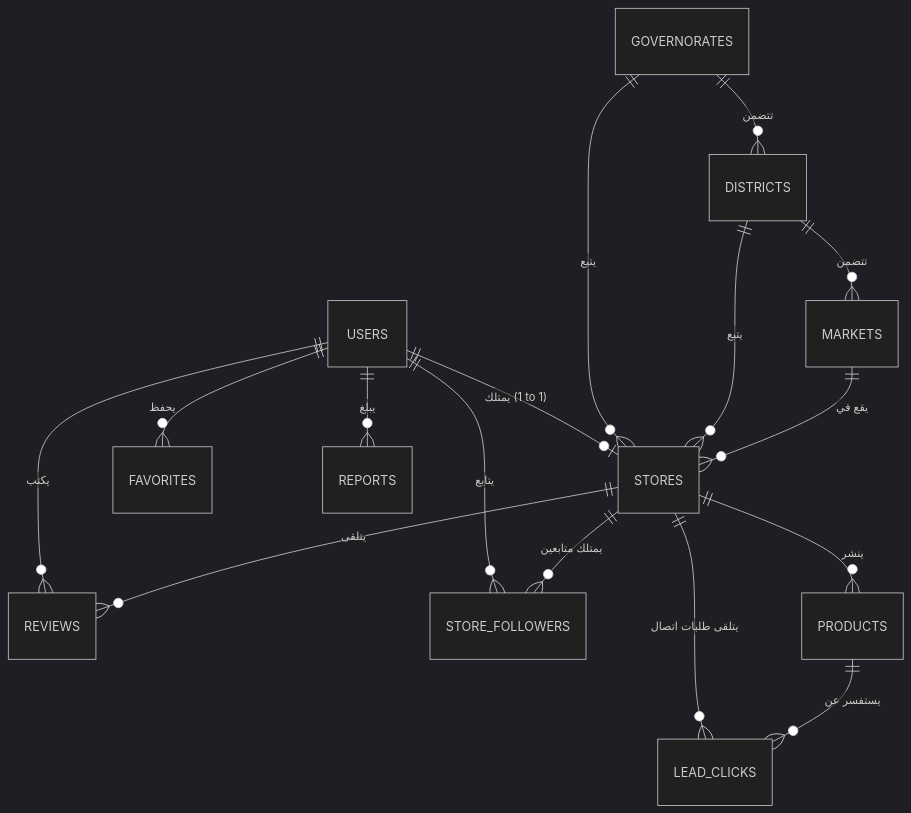
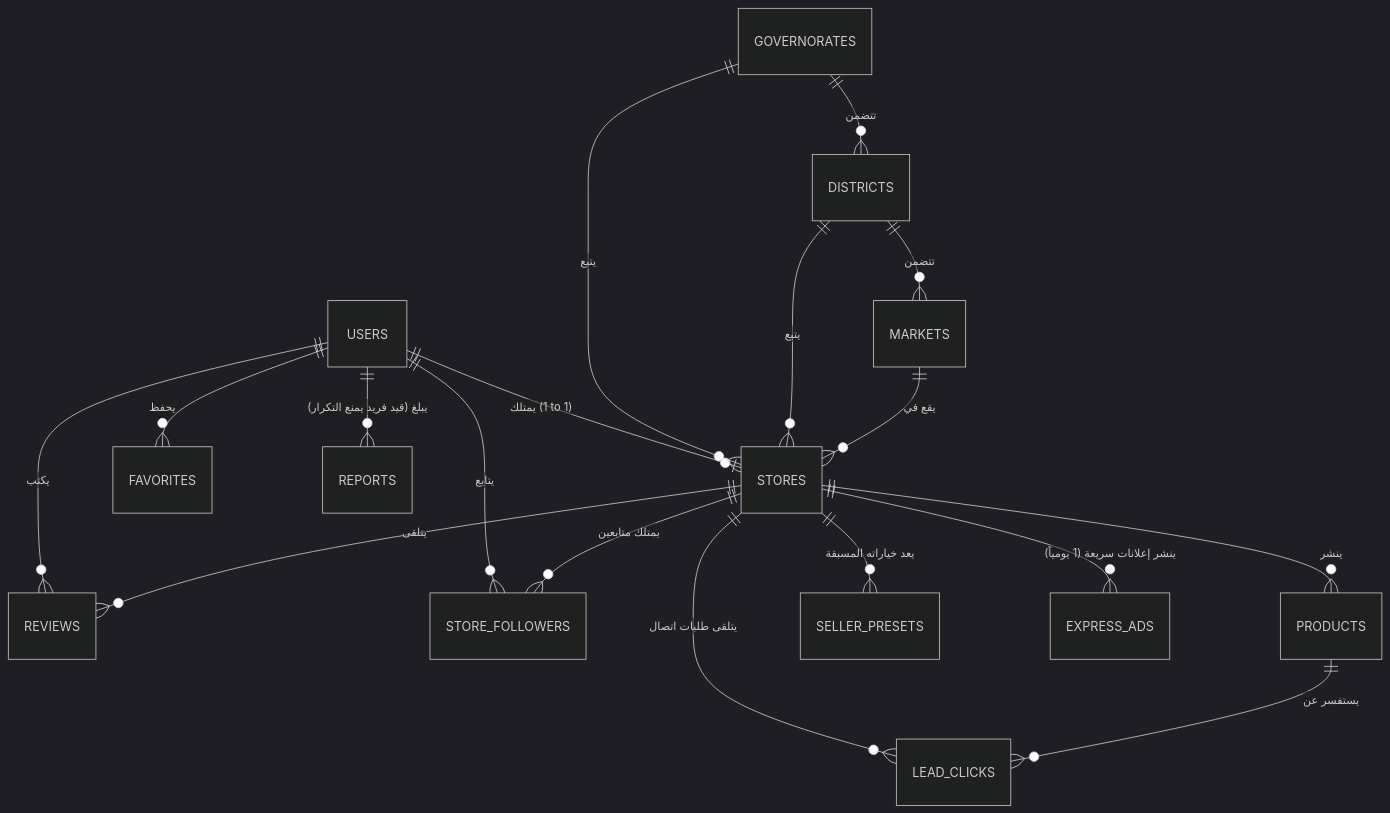
Before and after one commit to Emad20112/qatfa: the diagram in docs/11-database-design.md, drawn with Mermaid (dark theme). The commit also changed other lines of this file and 3 other files, not shown here.

Commit message:
docs(arch): update database schema, API contracts, admin moderation, and security policies

````diff
--- a/docs/11-database-design.md
+++ b/docs/11-database-design.md
@@ -17,22 +17,24 @@
 ```mermaid
 erDiagram
     USERS ||--o| STORES : "يمتلك (1 to 1)"
     USERS ||--o{ REVIEWS : "يكتب"
     USERS ||--o{ STORE_FOLLOWERS : "يتابع"
     USERS ||--o{ FAVORITES : "يحفظ"
-    USERS ||--o{ REPORTS : "يبلغ"
+    USERS ||--o{ REPORTS : "يبلغ (قيد فريد يمنع التكرار)"
     
     STORES ||--o{ PRODUCTS : "ينشر"
+    STORES ||--o{ SELLER_PRESETS : "يعد خياراته المسبقة"
+    STORES ||--o{ EXPRESS_ADS : "ينشر إعلانات سريعة (1 يومياً)"
     STORES ||--o{ REVIEWS : "يتلقى"
     STORES ||--o{ STORE_FOLLOWERS : "يمتلك متابعين"
     STORES ||--o{ LEAD_CLICKS : "يتلقى طلبات اتصال"
 
     GOVERNORATES ||--o{ DISTRICTS : "تتضمن"
     DISTRICTS ||--o{ MARKETS : "تتضمن"
     
     GOVERNORATES ||--o{ STORES : "يتبع"
     DISTRICTS ||--o{ STORES : "يتبع"
     MARKETS ||--o{ STORES : "يقع في"
 
     PRODUCTS ||--o{ LEAD_CLICKS : "يستفسر عن"
 ```
````
